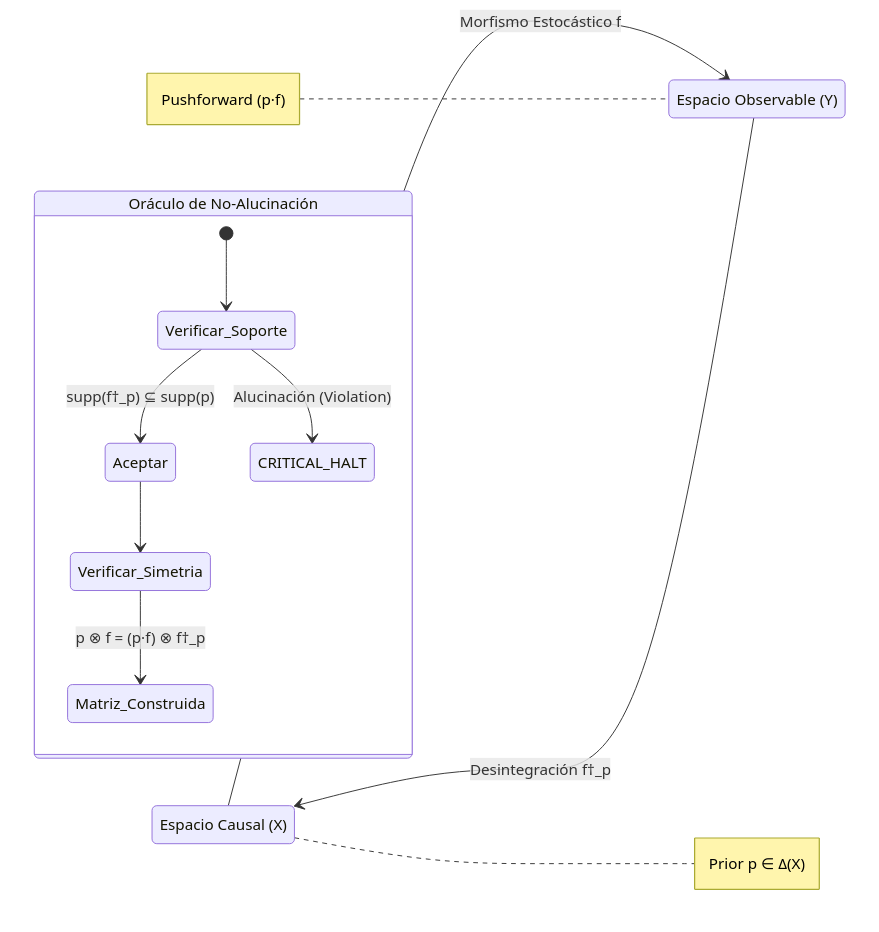
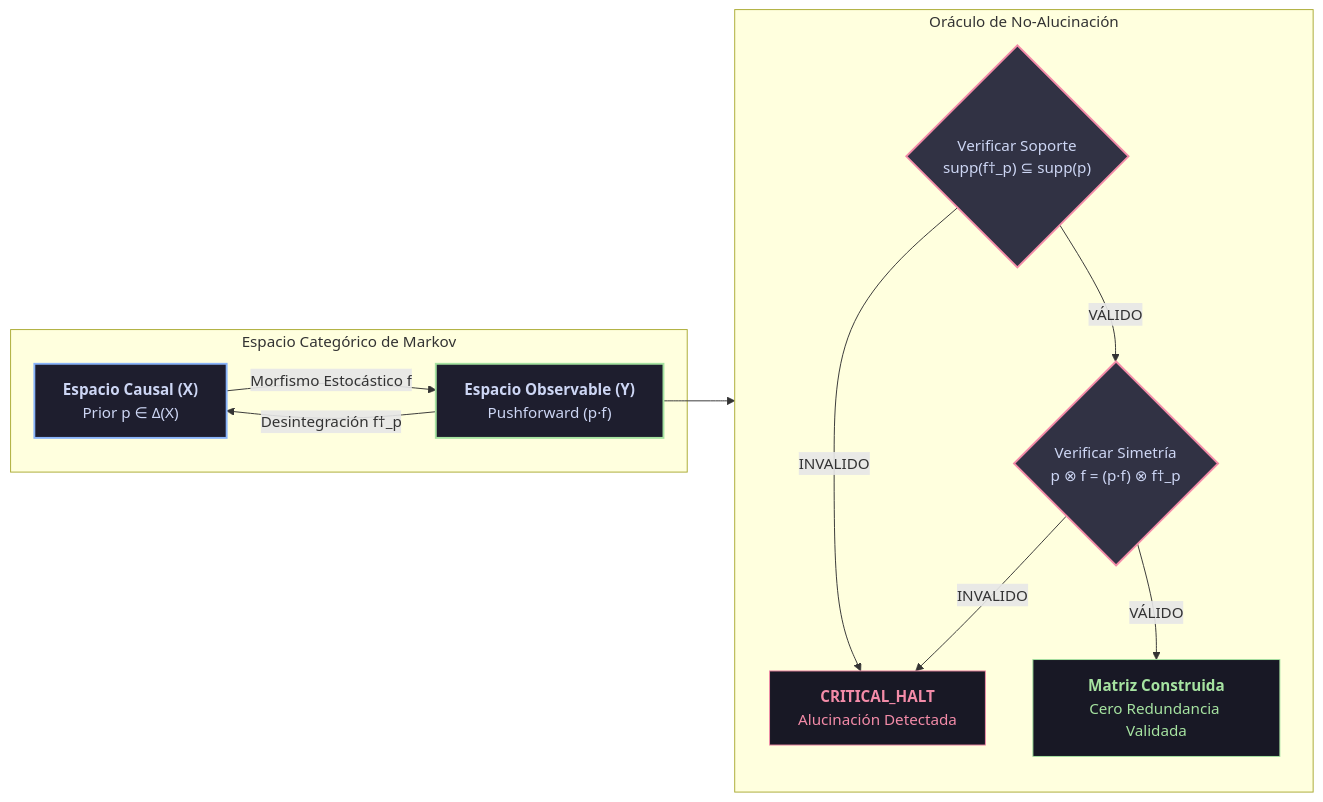
One commit to borjamoskv/BABYLON-60 changed the diagram in docs/06_theory/axiom_bayesian_disintegration.md. Above: the diagram before and after it, drawn with Mermaid. The commit also changed other lines of this file and 17 other files, not shown here.

````diff
--- a/docs/06_theory/axiom_bayesian_disintegration.md
+++ b/docs/06_theory/axiom_bayesian_disintegration.md
@@ -66,22 +91,32 @@
 ```mermaid
-stateDiagram-v2
-    direction LR
-    
-    state "Espacio Causal (X)" as X
-    state "Espacio Observable (Y)" as Y
-    
-    X --> Y : Morfismo Estocástico f
-    note right of X : Prior p ∈ Δ(X)
-    
-    Y --> X : Desintegración f†_p
-    note left of Y : Pushforward (p·f)
-    
-    state "Oráculo de No-Alucinación" as Oracle {
-        [*] --> Verificar_Soporte
-        Verificar_Soporte --> Aceptar : supp(f†_p) ⊆ supp(p)
-        Verificar_Soporte --> CRITICAL_HALT : Alucinación (Violation)
+flowchart LR
+    %% Estilos de Nodos
+    classDef cause fill:#1e1e2e,stroke:#89b4fa,stroke-width:2px,color:#cdd6f4;
+    classDef obs fill:#1e1e2e,stroke:#a6e3a1,stroke-width:2px,color:#cdd6f4;
+    classDef oracle fill:#313244,stroke:#f38ba8,stroke-width:2px,color:#cdd6f4;
+    classDef pass fill:#181825,stroke:#a6e3a1,stroke-width:1px,color:#a6e3a1;
+    classDef fail fill:#181825,stroke:#f38ba8,stroke-width:1px,color:#f38ba8;
+
+    subgraph Categorial_Space ["Espacio Categórico de Markov"]
+        X["<b>Espacio Causal (X)</b><br/>Prior p ∈ Δ(X)"]:::cause
+        Y["<b>Espacio Observable (Y)</b><br/>Pushforward (p·f)"]:::obs
         
-        Aceptar --> Verificar_Simetria
-        Verificar_Simetria --> Matriz_Construida : p ⊗ f = (p·f) ⊗ f†_p
-    }
+        X -- "Morfismo Estocástico f" --> Y
+        Y -- "Desintegración f†_p" --> X
+    end
+
+    subgraph Verification_Engine ["Oráculo de No-Alucinación"]
+        CheckSupp{"Verificar Soporte<br/>supp(f†_p) ⊆ supp(p)"}:::oracle
+        CheckSym{"Verificar Simetría<br/>p ⊗ f = (p·f) ⊗ f†_p"}:::oracle
+        
+        MatrixAccept["<b>Matriz Construida</b><br/>Cero Redundancia Validada"]:::pass
+        HaltSignal["<b>CRITICAL_HALT</b><br/>Alucinación Detectada"]:::fail
+
+        CheckSupp -- "VÁLIDO" --> CheckSym
+        CheckSupp -- "INVALIDO" --> HaltSignal
+        CheckSym -- "VÁLIDO" --> MatrixAccept
+        CheckSym -- "INVALIDO" --> HaltSignal
+    end
+
+    Y --> Verification_Engine
 ```
````
